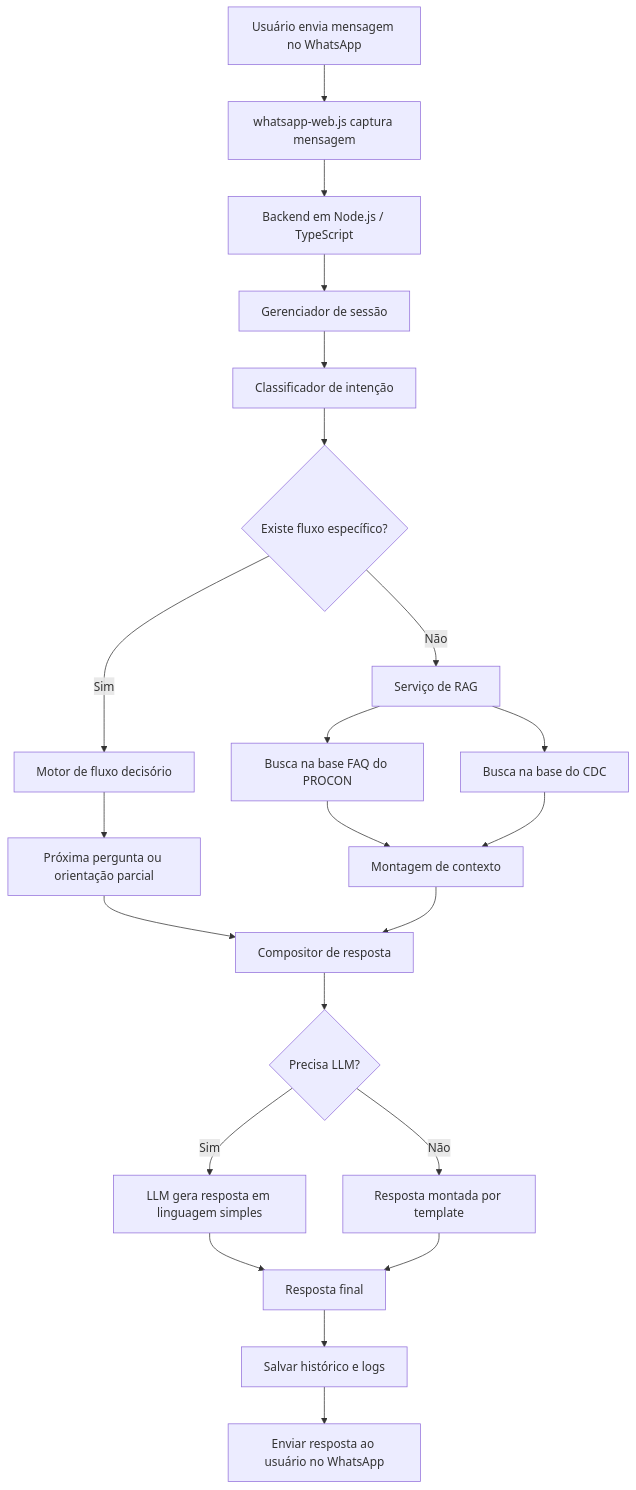
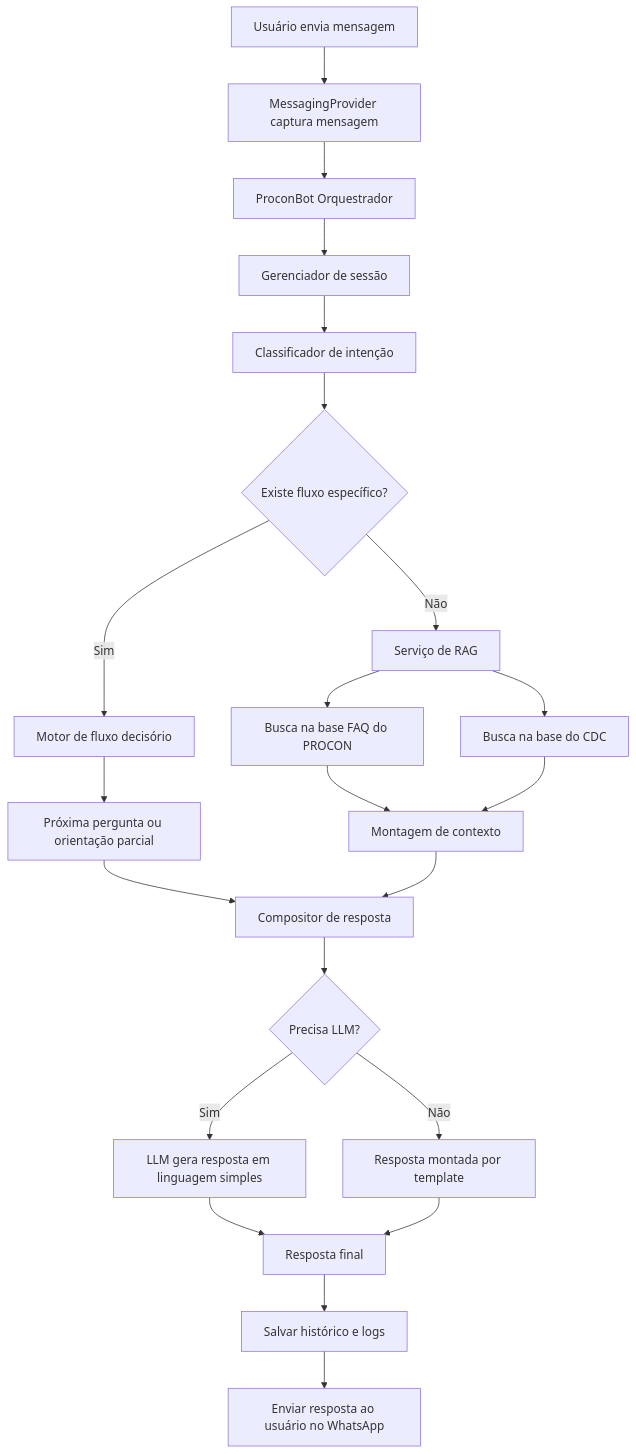
The first of 5 diagrams in README.md (innocode-solutions/abp_6dsm), drawn with Mermaid before and after one commit. The commit also changed other lines of this file and 9 other files, not shown here.

````diff
--- a/README.md
+++ b/README.md
@@ -209,32 +209,32 @@
 ```mermaid
 flowchart TD
-    A[Usuário envia mensagem no WhatsApp] --> B[whatsapp-web.js captura mensagem]
-    B --> C[Backend em Node.js / TypeScript]
+    A[Usuário envia mensagem] --> B[MessagingProvider captura mensagem]
+    B --> C[ProconBot Orquestrador]
     C --> D[Gerenciador de sessão]
 
     D --> E[Classificador de intenção]
     E --> F{Existe fluxo específico?}
 
     F -- Sim --> G[Motor de fluxo decisório]
     G --> H[Próxima pergunta ou orientação parcial]
 
     F -- Não --> I[Serviço de RAG]
     I --> J[Busca na base FAQ do PROCON]
     I --> K[Busca na base do CDC]
 
     J --> L[Montagem de contexto]
     K --> L
 
     H --> M[Compositor de resposta]
     L --> M
 
     M --> N{Precisa LLM?}
     N -- Sim --> O[LLM gera resposta em linguagem simples]
     N -- Não --> P[Resposta montada por template]
 
     O --> Q[Resposta final]
     P --> Q
 
     Q --> R[Salvar histórico e logs]
     R --> S[Enviar resposta ao usuário no WhatsApp]
 ```
````
